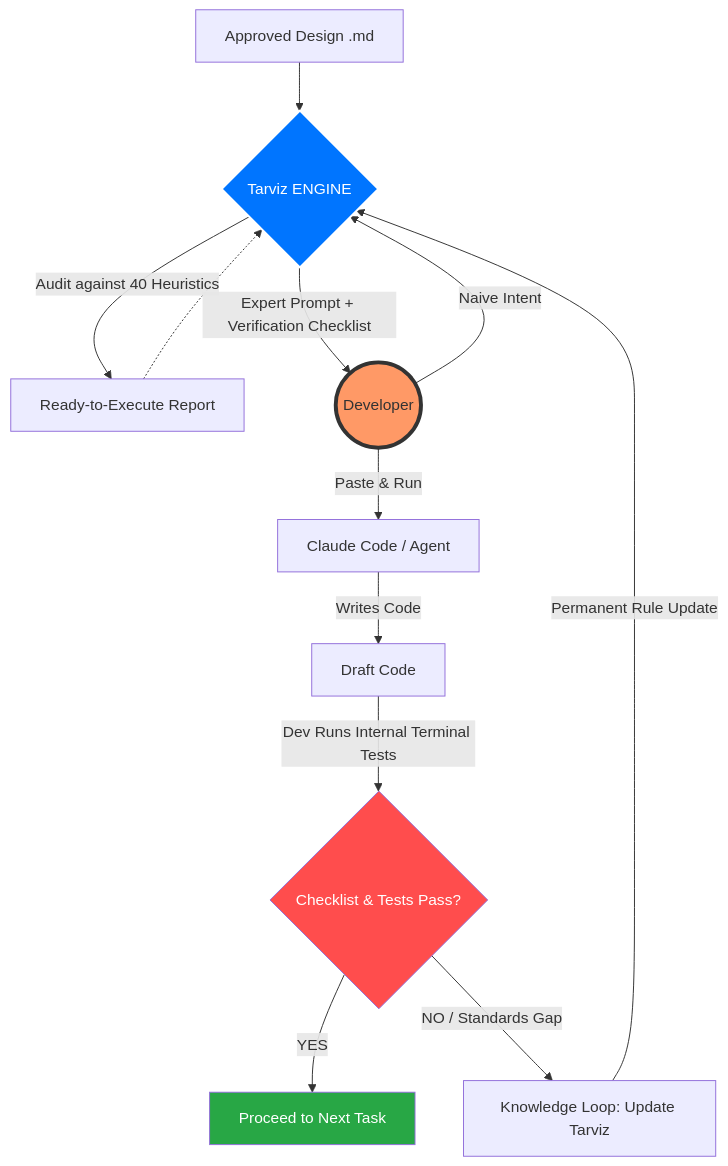
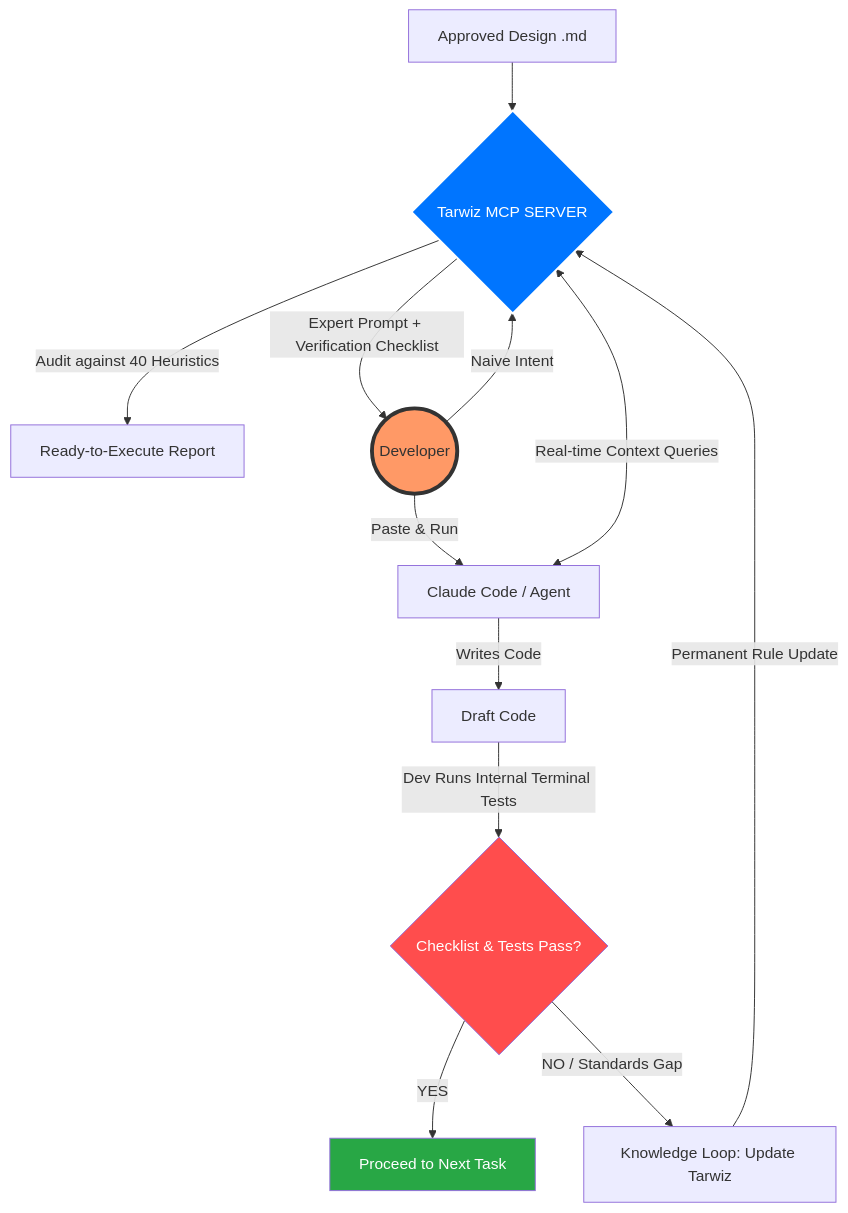
The diagram in README.md (Raghavan2583/new-jarvis), drawn with Mermaid before and after one commit. The commit also changed other lines of this file, not shown here.

````diff
--- a/README.md
+++ b/README.md
@@ -35,26 +35,28 @@
 ```mermaid
 graph TD
     %% Phase 1: Strategic Audit
-    Doc[Approved Design .md] --> Tarviz{Tarviz ENGINE}
-    Tarviz -->|Audit against 40 Heuristics| AuditReport[Ready-to-Execute Report]
+    Doc[Approved Design .md] --> Tarwiz{Tarwiz MCP SERVER}
+    Tarwiz -->|Audit against 40 Heuristics| AuditReport[Ready-to-Execute Report]
     
     %% Phase 2: Tactical Prompting
-    User((Developer)) -->|Naive Intent| Tarviz
-    AuditReport -.-> Tarviz
-    Tarviz -->|Expert Prompt + Verification Checklist| User
+    User((Developer)) -->|Naive Intent| Tarwiz
+    Tarwiz -->|Expert Prompt + Verification Checklist| User
     
-    %% Phase 3: Execution & Internal Test Loop
+    %% Phase 3: Execution & The MCP Bridge
     User -->|Paste & Run| ClaudeCode[Claude Code / Agent]
+    ClaudeCode <-->|Real-time Context Queries| Tarwiz
+    
+    %% Phase 4: Verification Loop
     ClaudeCode -->|Writes Code| Draft[Draft Code]
     Draft -->|Dev Runs Internal Terminal Tests| InternalTest{Checklist & Tests Pass?}
     
-    %% Phase 4: Knowledge Loop (The ROI)
+    %% Phase 5: Knowledge Loop
     InternalTest -->|YES| Success[Proceed to Next Task]
-    InternalTest -->|NO / Standards Gap| Feedback[Knowledge Loop: Update Tarviz]
-    Feedback -->|Permanent Rule Update| Tarviz
+    InternalTest -->|NO / Standards Gap| Feedback[Knowledge Loop: Update Tarwiz]
+    Feedback -->|Permanent Rule Update| Tarwiz
     
     style User fill:#f96,stroke:#333,stroke-width:4px
-    style Tarviz fill:#0075ff,stroke:#fff,stroke-width:2px,color:#fff
+    style Tarwiz fill:#0075ff,stroke:#fff,stroke-width:2px,color:#fff
     style InternalTest fill:#ff4d4d,color:#fff
     style Success fill:#28a745,color:#fff
 ```
````
